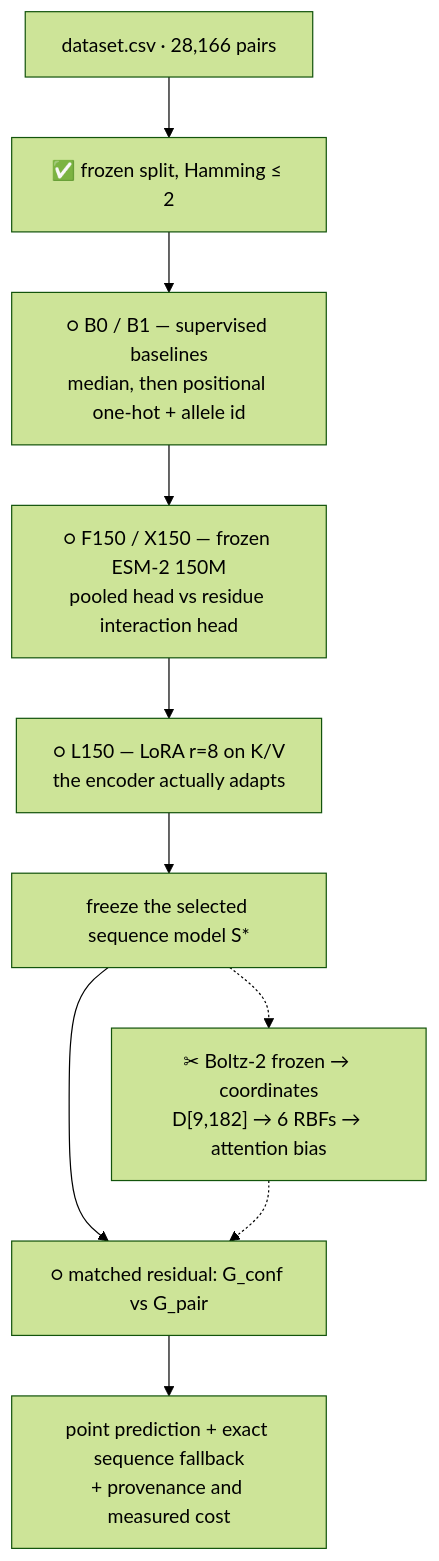
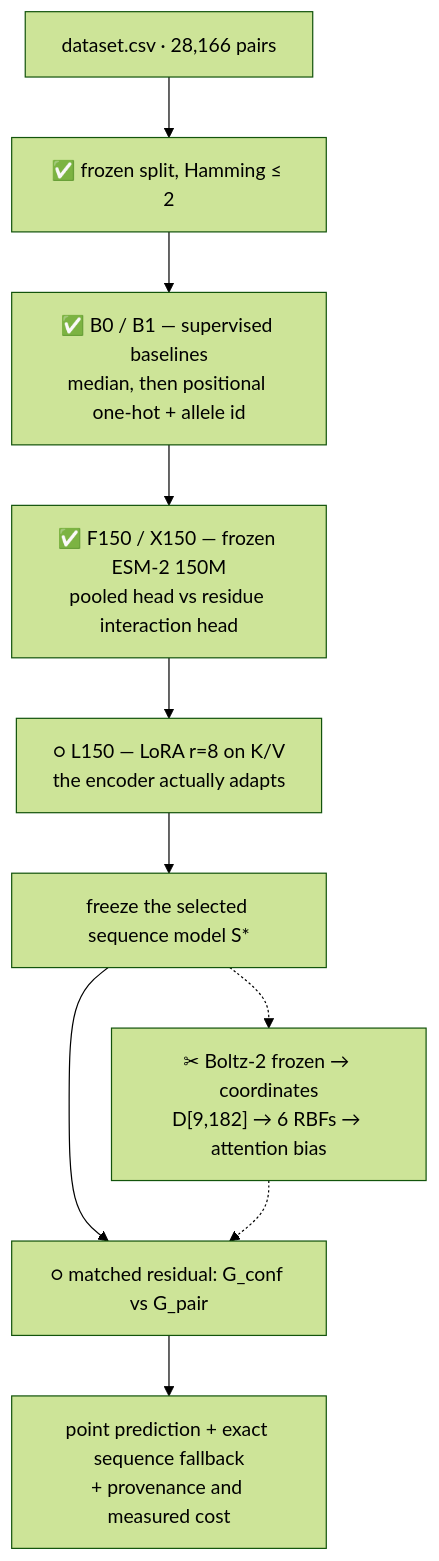
Before and after one commit to aswin-giridhar/london-ai-science-hackathon: the first of 2 diagrams in ARCHITECTURE.md, drawn with Mermaid (forest theme). The commit also changed other lines of this file and 9 other files, not shown here.

````diff
--- a/ARCHITECTURE.md
+++ b/ARCHITECTURE.md
@@ -16,17 +17,17 @@
 ```mermaid
 flowchart TD
     D["dataset.csv · 28,166 pairs"]
     S["✅ frozen split, Hamming ≤ 2"]
-    B["○ B0 / B1 — supervised baselines<br/>median, then positional one-hot + allele id"]
-    X["○ F150 / X150 — frozen ESM-2 150M<br/>pooled head vs residue interaction head"]
+    B["✅ B0 / B1 — supervised baselines<br/>median, then positional one-hot + allele id"]
+    X["✅ F150 / X150 — frozen ESM-2 150M<br/>pooled head vs residue interaction head"]
     L["○ L150 — LoRA r=8 on K/V<br/>the encoder actually adapts"]
     FR["freeze the selected sequence model S*"]
     G["✂ Boltz-2 frozen → coordinates<br/>D[9,182] → 6 RBFs → attention bias"]
     R["○ matched residual: G_conf vs G_pair"]
     O["point prediction + exact sequence fallback<br/>+ provenance and measured cost"]
 
     D --> S --> B --> X --> L --> FR
     FR --> R
     FR -.-> G -.-> R
     R --> O
 ```
````
